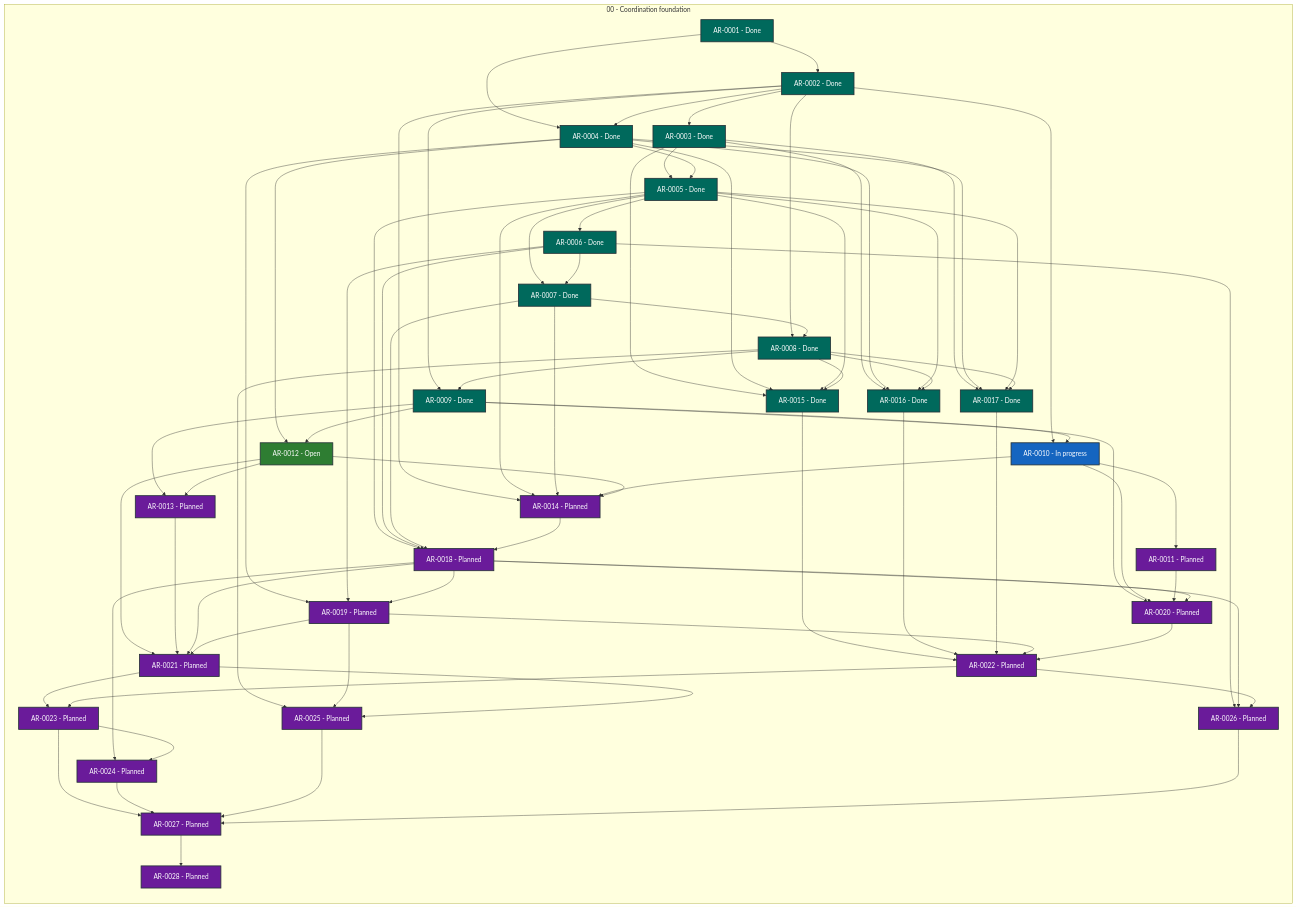
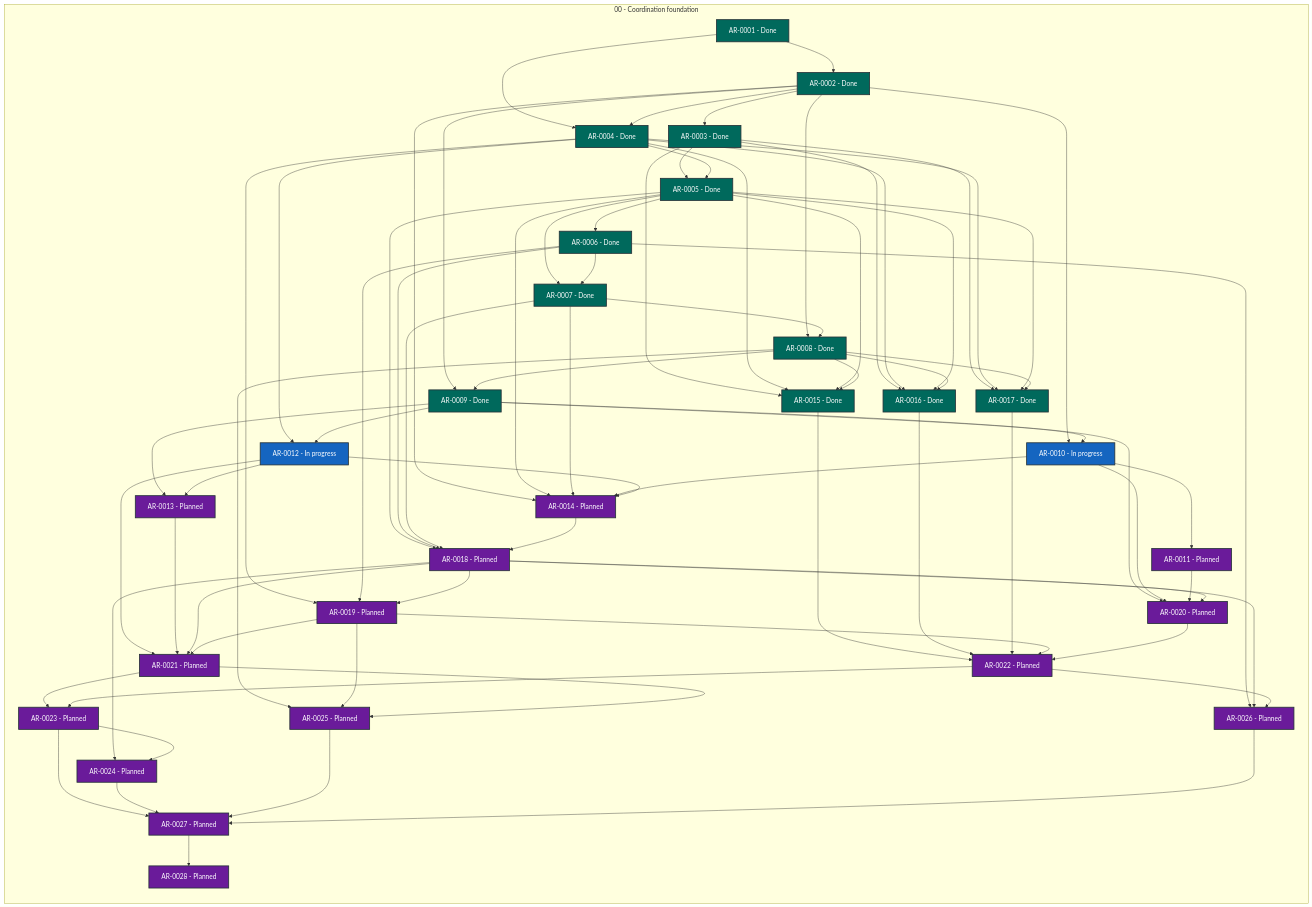
One commit to martin-beck/agent-workflow-runtime-state changed the diagram in STATUS.md. Above: the diagram before and after it, drawn with Mermaid. The commit also changed other lines of this file and 2 other files, not shown here.

```diff
--- a/STATUS.md
+++ b/STATUS.md
@@ -39,7 +39,7 @@
         AR_0009["AR-0009 - Done"]:::status_done
         AR_0010["AR-0010 - In progress"]:::status_in_progress
         AR_0011["AR-0011 - Planned"]:::status_planned
-        AR_0012["AR-0012 - Open"]:::status_open
+        AR_0012["AR-0012 - In progress"]:::status_in_progress
         AR_0013["AR-0013 - Planned"]:::status_planned
         AR_0014["AR-0014 - Planned"]:::status_planned
         AR_0015["AR-0015 - Done"]:::status_done
```
